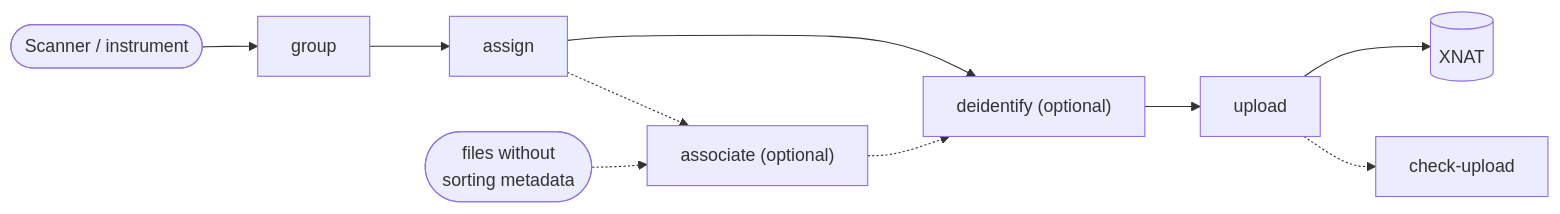
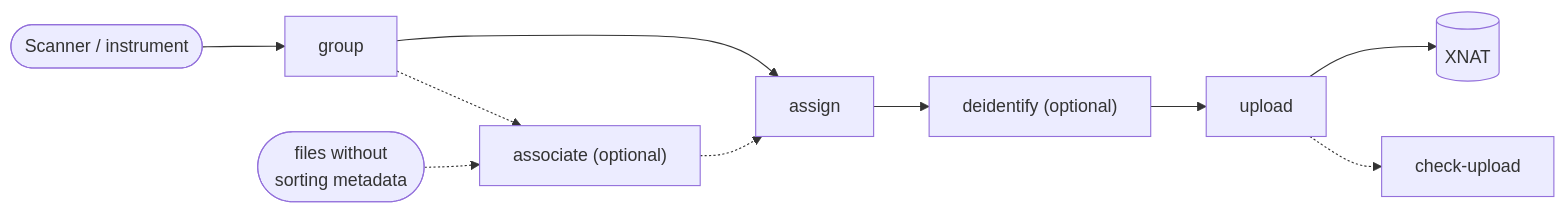
One commit to Australian-Imaging-Service/xnat-ingest changed the diagram in README.md. Above: the diagram before and after it, drawn with Mermaid.

Commit message:
corrected flow chart

````diff
--- a/README.md
+++ b/README.md
@@ -14,13 +14,13 @@
 ```mermaid
 flowchart LR
     Scanner(["Scanner / instrument"]) --> Group["group"]
     Group --> Assign["assign"]
     Assign --> Deidentify["deidentify (optional)"]
     Deidentify --> Upload["upload"]
     Upload --> XNAT[("XNAT")]
     Upload -.-> CheckUpload["check-upload"]
 
     Extra(["files without\nsorting metadata"]) -.-> Associate["associate (optional)"]
-    Assign -.-> Associate
-    Associate -.-> Deidentify
+    Group -.-> Associate
+    Associate -.-> Assign
 ```
````
